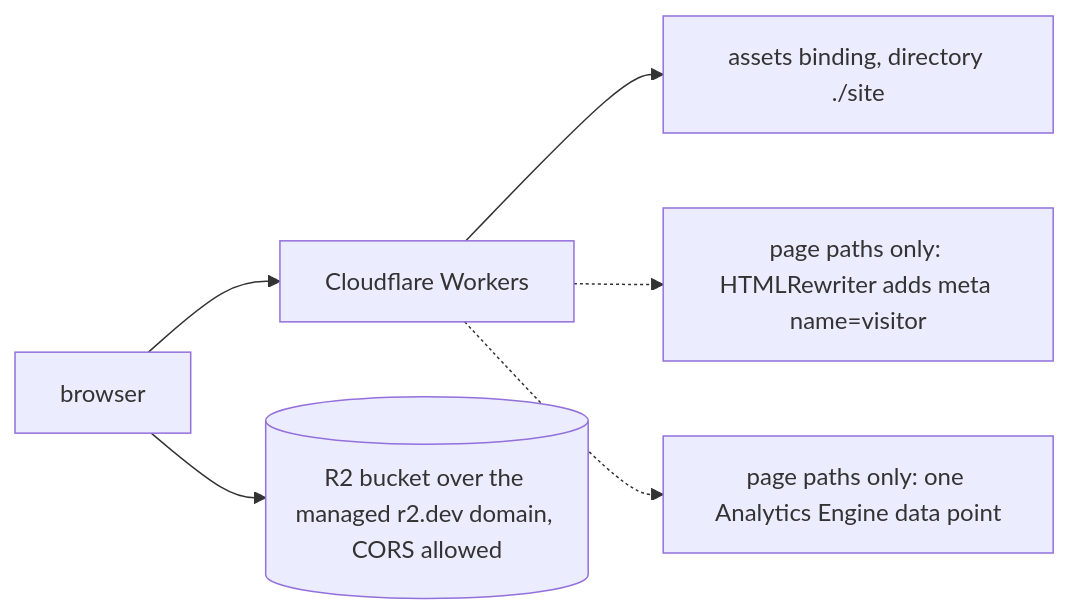
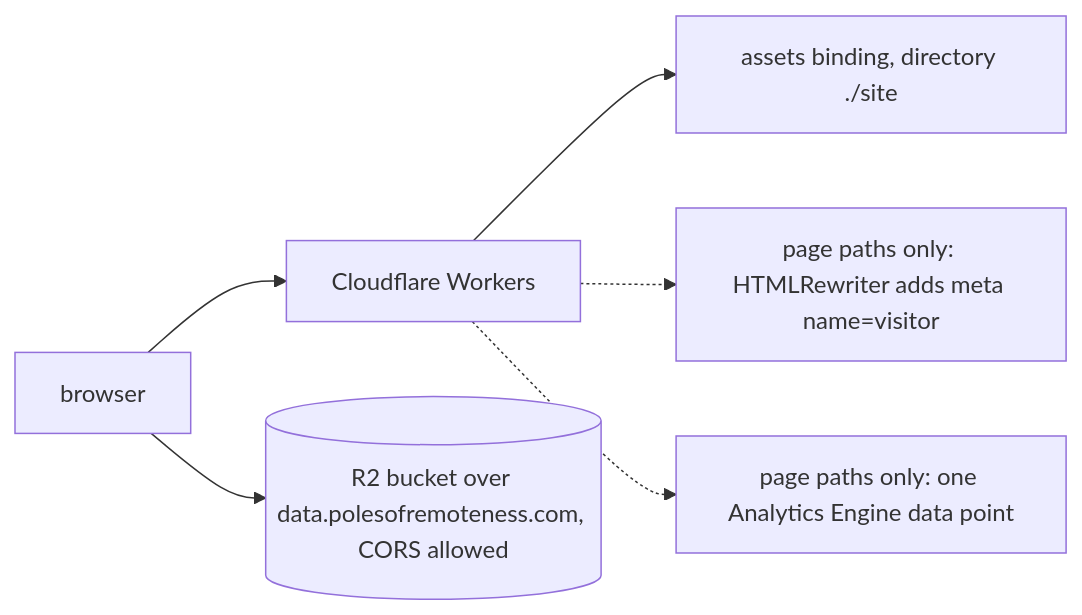
Before and after one commit to donataskasp/poles-of-remoteness: the third of 4 diagrams in docs/diagrams/03-deploy.md, drawn with Mermaid. The commit also changed other lines of this file and 5 other files, not shown here.

Commit message:
docs: the cutover state; polesofremoteness.com live, stage 6 done, the LT era recorded as history (#12)

````diff
--- a/docs/diagrams/03-deploy.md
+++ b/docs/diagrams/03-deploy.md
@@ -39,8 +40,8 @@
 ```mermaid
 flowchart LR
     browser["browser"] --> workers["Cloudflare Workers"]
     workers --> assets["assets binding, directory ./site"]
     workers -.-> rewriter["page paths only: HTMLRewriter adds meta name=visitor"]
     workers -.-> point["page paths only: one Analytics Engine data point"]
-    browser --> r2[("R2 bucket over the managed r2.dev domain, CORS allowed")]
+    browser --> r2[("R2 bucket over data.polesofremoteness.com, CORS allowed")]
 ```
````
